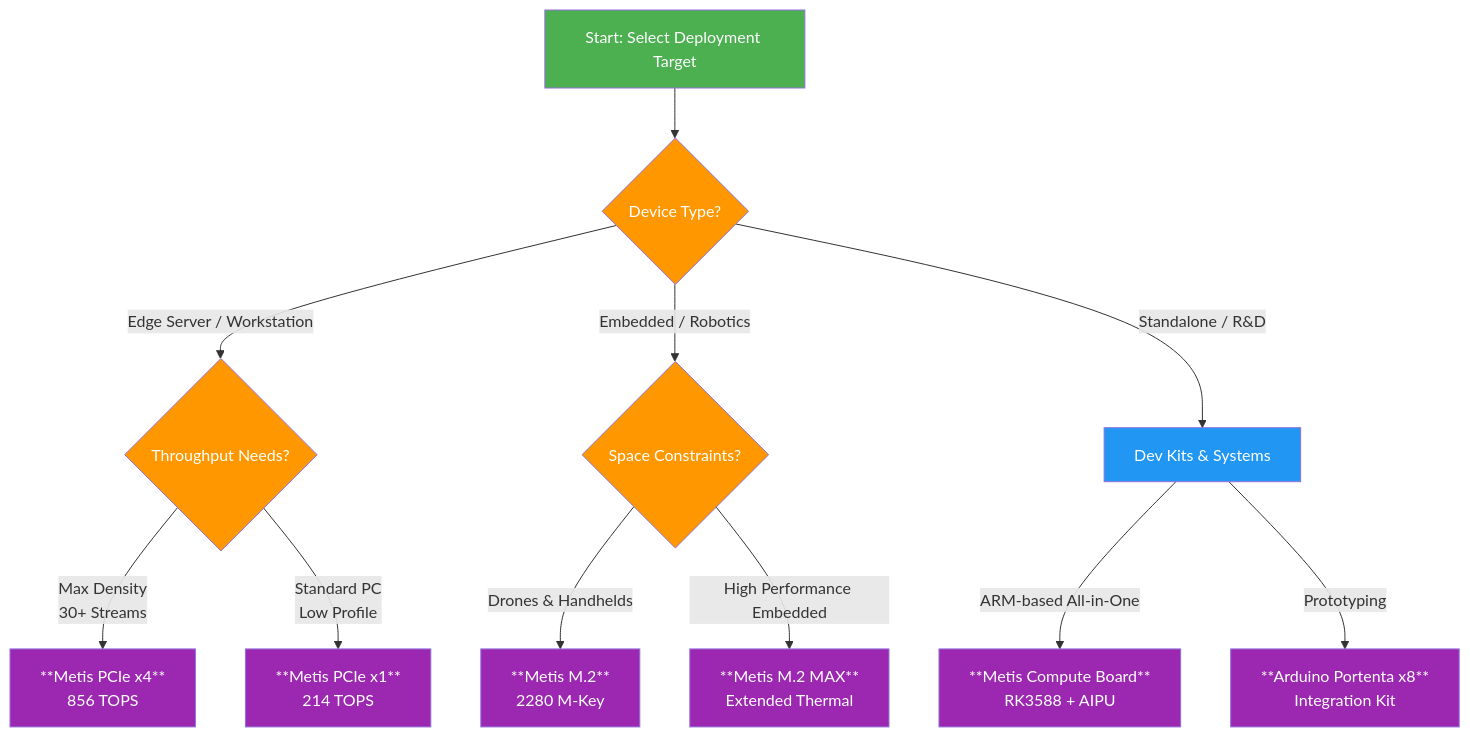
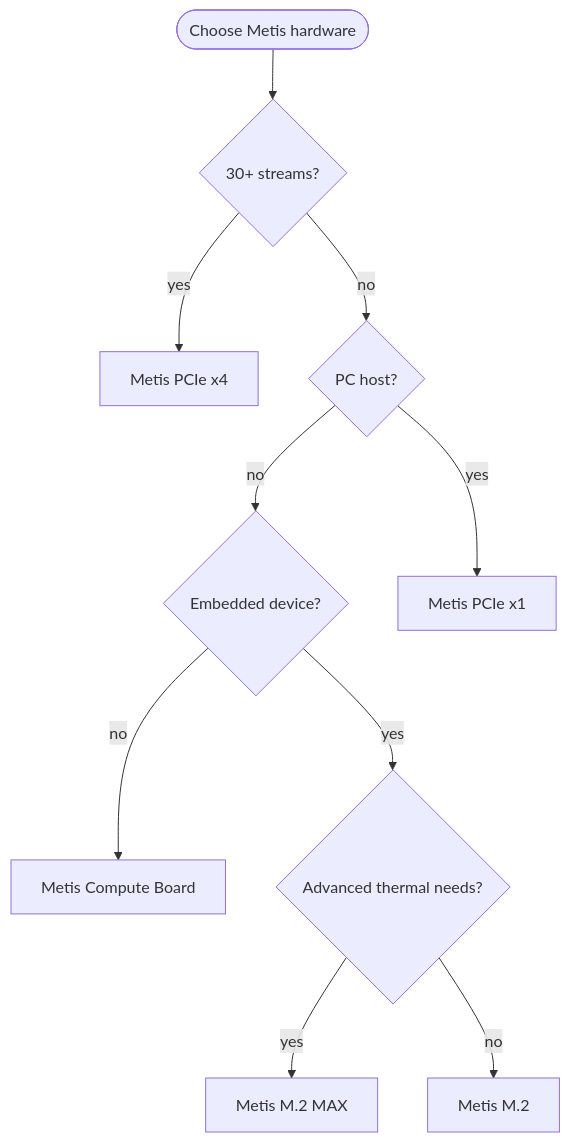
The diagram in docs/en/integrations/axelera.md (ultralytics/ultralytics), drawn with Mermaid before and after one commit. The commit also changed 20 other files, not shown here.

First line of the commit message:
Migrate docs Mermaid diagrams to the unified design system

````diff
--- a/docs/en/integrations/axelera.md
+++ b/docs/en/integrations/axelera.md
@@ -19,26 +19,17 @@
 ```mermaid
-graph TD
-    A[Start: Select Deployment Target]:::start --> B{Device Type?}:::decide
-    B -->|Edge Server / Workstation| C{Throughput Needs?}:::decide
-    B -->|Embedded / Robotics| D{Space Constraints?}:::decide
-    B -->|Standalone / R&D| E[Dev Kits & Systems]:::proc
+flowchart TD
+    A([Choose Metis hardware]) --> B{30+ streams?}
+    B -->|yes| C[Metis PCIe x4]
+    B -->|no| D{PC host?}
+    D -->|no| F{Embedded device?}
+    D -->|yes| E[Metis PCIe x1]
+    F -->|no| G[Metis Compute Board]
+    F -->|yes| H{Advanced thermal needs?}
+    H -->|yes| J[Metis M.2 MAX]
+    H -->|no| I[Metis M.2]
 
-    C -->|Max Density <br> 30+ Streams| F[**Metis PCIe x4**<br>856 TOPS]:::out
-    C -->|Standard PC <br> Low Profile| G[**Metis PCIe x1**<br>214 TOPS]:::out
-
-    D -->|Drones & Handhelds| H[**Metis M.2**<br>2280 M-Key]:::out
-    D -->|High Performance Embedded| I[**Metis M.2 MAX**<br>Extended Thermal]:::out
-
-    E -->|ARM-based All-in-One| J[**Metis Compute Board**<br>RK3588 + AIPU]:::out
-    E -->|Prototyping| K[**Arduino Portenta x8**<br>Integration Kit]:::out
-
-    click F "https://store.axelera.ai/"
+    click C "https://store.axelera.ai/"
+    click E "https://store.axelera.ai/"
     click G "https://store.axelera.ai/"
-    click H "https://store.axelera.ai/"
-    click J "https://store.axelera.ai/"
-
-    classDef start fill:#4CAF50,color:#fff
-    classDef proc fill:#2196F3,color:#fff
-    classDef decide fill:#FF9800,color:#fff
-    classDef out fill:#9C27B0,color:#fff
+    click I "https://store.axelera.ai/"
 ```
````
